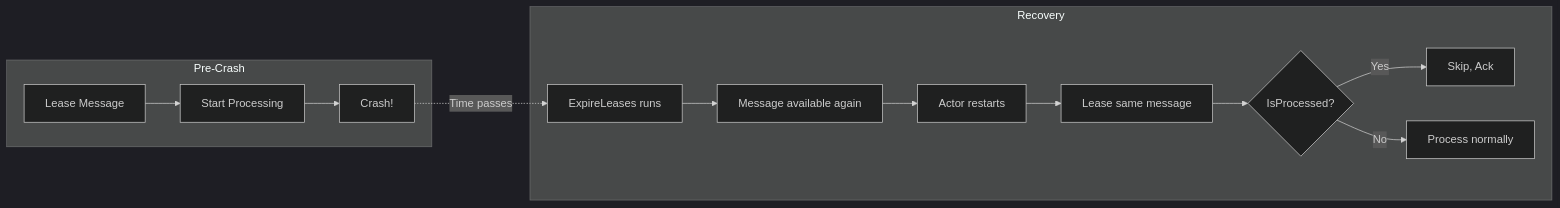
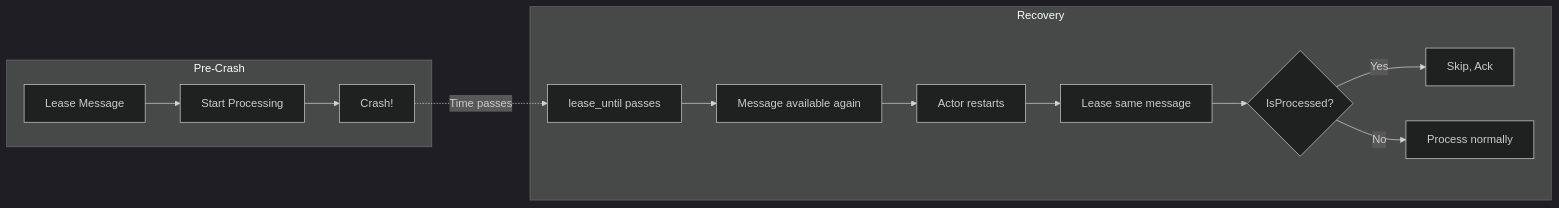
Before and after one commit to lightninglabs/wavelength: diagram 12 of 18 in docs/durable_actor_architecture.md, drawn with Mermaid (dark theme). The commit also changed other lines of this file and 23 other files, not shown here.

````diff
--- a/docs/durable_actor_architecture.md
+++ b/docs/durable_actor_architecture.md
@@ -619,18 +619,18 @@
 ```mermaid
 flowchart LR
     subgraph "Pre-Crash"
         A[Lease Message] --> B[Start Processing]
         B --> C[Crash!]
     end
 
     subgraph "Recovery"
-        D[ExpireLeases runs] --> E[Message available again]
+        D[lease_until passes] --> E[Message available again]
         E --> F[Actor restarts]
         F --> G[Lease same message]
         G --> H{IsProcessed?}
         H -->|Yes| I[Skip, Ack]
         H -->|No| J[Process normally]
     end
 
     C -.->|Time passes| D
 ```
````
